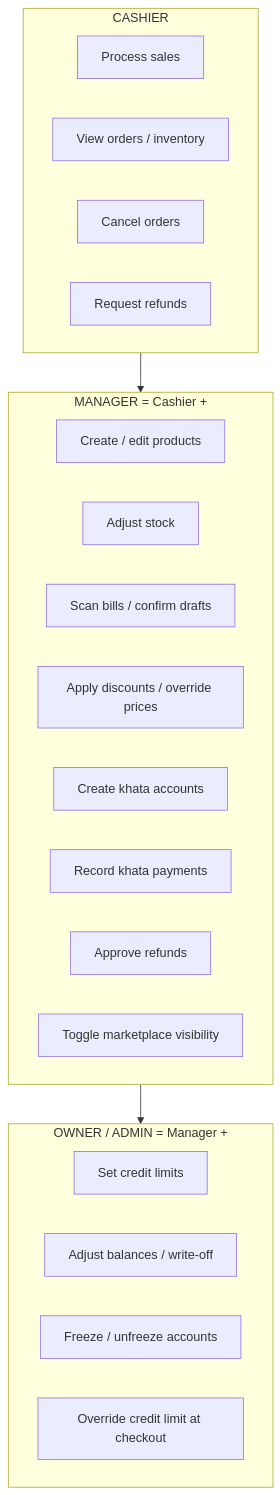
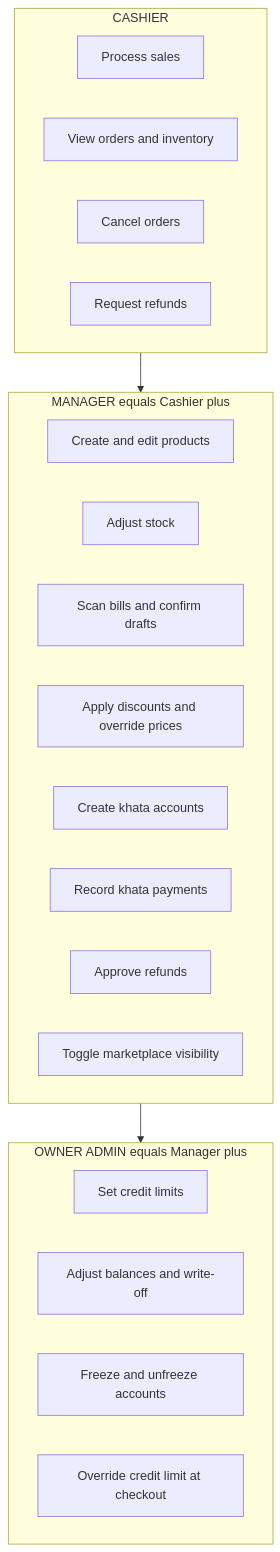
Before and after one commit to gstposbhutan/edgePOS: diagram 14 of 16 in docs/USER_FLOWS.md, drawn with Mermaid. The commit also changed other lines of this file, not shown here.

First line of the commit message:
fix: escape special characters in Mermaid diagrams for VS Code rendering

````diff
--- a/docs/USER_FLOWS.md
+++ b/docs/USER_FLOWS.md
@@ -535,30 +535,30 @@
 ```mermaid
 graph TD
     subgraph CASHIER_ROLE[CASHIER]
         C1[Process sales]
-        C2[View orders / inventory]
+        C2["View orders and inventory"]
         C3[Cancel orders]
         C4[Request refunds]
     end
     
-    subgraph MANAGER_ROLE[MANAGER = Cashier +]
-        M1[Create / edit products]
+    subgraph MANAGER_ROLE["MANAGER equals Cashier plus"]
+        M1["Create and edit products"]
         M2[Adjust stock]
-        M3[Scan bills / confirm drafts]
-        M4[Apply discounts / override prices]
+        M3["Scan bills and confirm drafts"]
+        M4["Apply discounts and override prices"]
         M5[Create khata accounts]
         M6[Record khata payments]
         M7[Approve refunds]
         M8[Toggle marketplace visibility]
     end
     
-    subgraph OWNER_ROLE[OWNER / ADMIN = Manager +]
+    subgraph OWNER_ROLE["OWNER ADMIN equals Manager plus"]
         O1[Set credit limits]
-        O2[Adjust balances / write-off]
-        O3[Freeze / unfreeze accounts]
+        O2["Adjust balances and write-off"]
+        O3["Freeze and unfreeze accounts"]
         O4[Override credit limit at checkout]
     end
     
     CASHIER_ROLE --> MANAGER_ROLE
     MANAGER_ROLE --> OWNER_ROLE
 ```
````
